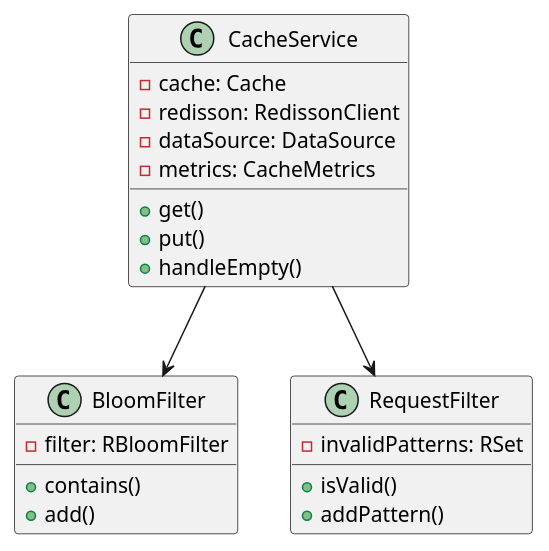
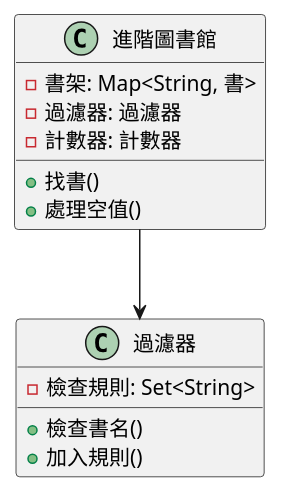
Before and after one commit to fine5351/info-sync: the second of 3 diagrams in doc/learning/architecture/cache_penetration_tutorial.md, drawn with PlantUML. The commit also changed other lines of this file and 35 other files, not shown here.

````diff
--- a/doc/learning/architecture/cache_penetration_tutorial.md
+++ b/doc/learning/architecture/cache_penetration_tutorial.md
@@ -206,28 +137,19 @@
 ```plantuml
 @startuml
-class CacheService {
-    - cache: Cache
-    - redisson: RedissonClient
-    - dataSource: DataSource
-    - metrics: CacheMetrics
-    + get()
-    + put()
-    + handleEmpty()
+class 進階圖書館 {
+    - 書架: Map<String, 書>
+    - 過濾器: 過濾器
+    - 計數器: 計數器
+    + 找書()
+    + 處理空值()
 }
 
-class BloomFilter {
-    - filter: RBloomFilter
-    + contains()
-    + add()
+class 過濾器 {
+    - 檢查規則: Set<String>
+    + 檢查書名()
+    + 加入規則()
 }
 
-class RequestFilter {
-    - invalidPatterns: RSet
-    + isValid()
-    + addPattern()
-}
-
-CacheService --> BloomFilter
-CacheService --> RequestFilter
+進階圖書館 --> 過濾器
 @enduml
 ```
````
